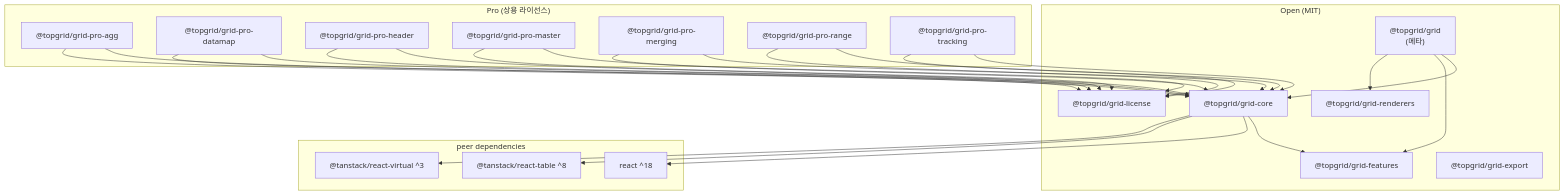
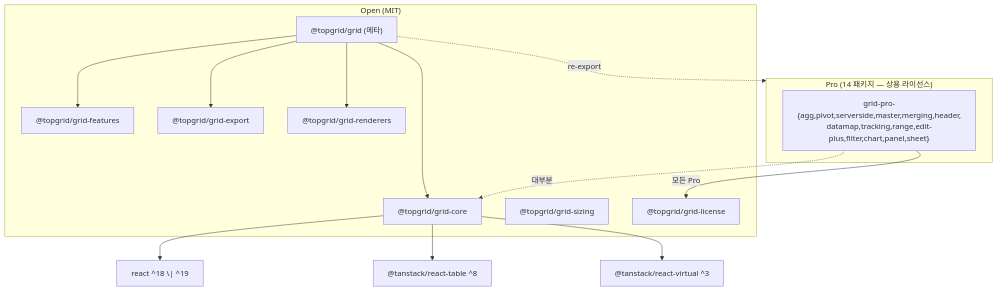
One commit to alladins/topgrid changed the diagram in apps/docs/docs/architecture.mdx. Above: the diagram before and after it, drawn with Mermaid. The commit also changed other lines of this file and 10 other files, not shown here.

````diff
--- a/apps/docs/docs/architecture.mdx
+++ b/apps/docs/docs/architecture.mdx
@@ -26,49 +41,27 @@
 ```mermaid
 graph TD
   subgraph Open["Open (MIT)"]
-    grid["@topgrid/grid<br/>(메타)"]
+    grid["@topgrid/grid (메타)"]
     grid-core["@topgrid/grid-core"]
     grid-features["@topgrid/grid-features"]
     grid-export["@topgrid/grid-export"]
     grid-renderers["@topgrid/grid-renderers"]
+    grid-sizing["@topgrid/grid-sizing"]
     grid-license["@topgrid/grid-license"]
   end
 
-  subgraph Pro["Pro (상용 라이선스)"]
-    pro-agg["@topgrid/grid-pro-agg"]
-    pro-datamap["@topgrid/grid-pro-datamap"]
-    pro-header["@topgrid/grid-pro-header"]
-    pro-master["@topgrid/grid-pro-master"]
-    pro-merging["@topgrid/grid-pro-merging"]
-    pro-range["@topgrid/grid-pro-range"]
-    pro-tracking["@topgrid/grid-pro-tracking"]
-  end
-
-  subgraph Peers["peer dependencies"]
-    react["react ^18"]
-    tanstack["@tanstack/react-table ^8"]
-    virtual["@tanstack/react-virtual ^3"]
+  subgraph Pro["Pro (14 패키지 — 상용 라이선스)"]
+    proAll["grid-pro-{agg,pivot,serverside,master,merging,header,<br/>datamap,tracking,range,edit-plus,filter,chart,panel,sheet}"]
   end
 
   grid --> grid-core
   grid --> grid-features
   grid --> grid-renderers
-  grid-core --> grid-features
-  pro-agg --> grid-core
-  pro-datamap --> grid-core
-  pro-header --> grid-core
-  pro-master --> grid-core
-  pro-merging --> grid-core
-  pro-range --> grid-core
-  pro-tracking --> grid-core
-  pro-agg --> grid-license
-  pro-datamap --> grid-license
-  pro-header --> grid-license
-  pro-master --> grid-license
-  pro-merging --> grid-license
-  pro-range --> grid-license
-  pro-tracking --> grid-license
-  grid-core --> react
-  grid-core --> tanstack
-  grid-core --> virtual
+  grid --> grid-export
+  grid -.->|re-export| Pro
+  grid-core --> react["react ^18 \| ^19"]
+  grid-core --> tanstack["@tanstack/react-table ^8"]
+  grid-core --> virtual["@tanstack/react-virtual ^3"]
+  proAll -->|모든 Pro| grid-license
+  proAll -.->|대부분| grid-core
 ```
````
